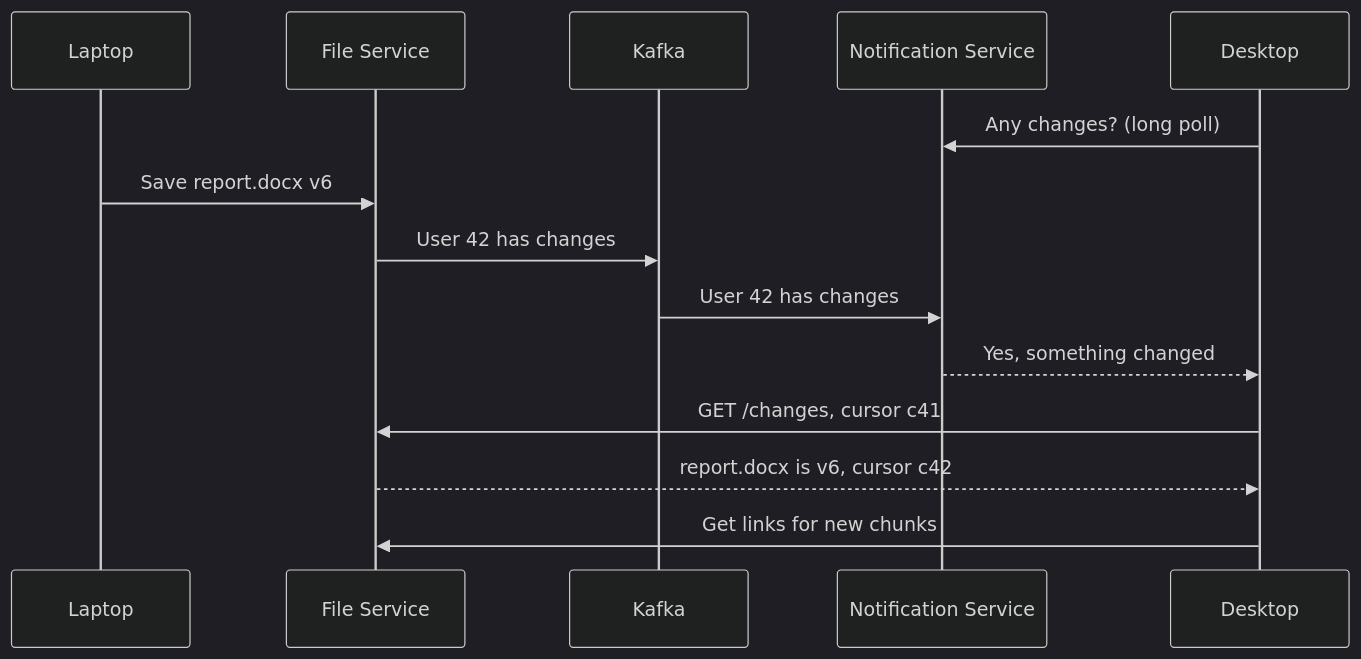
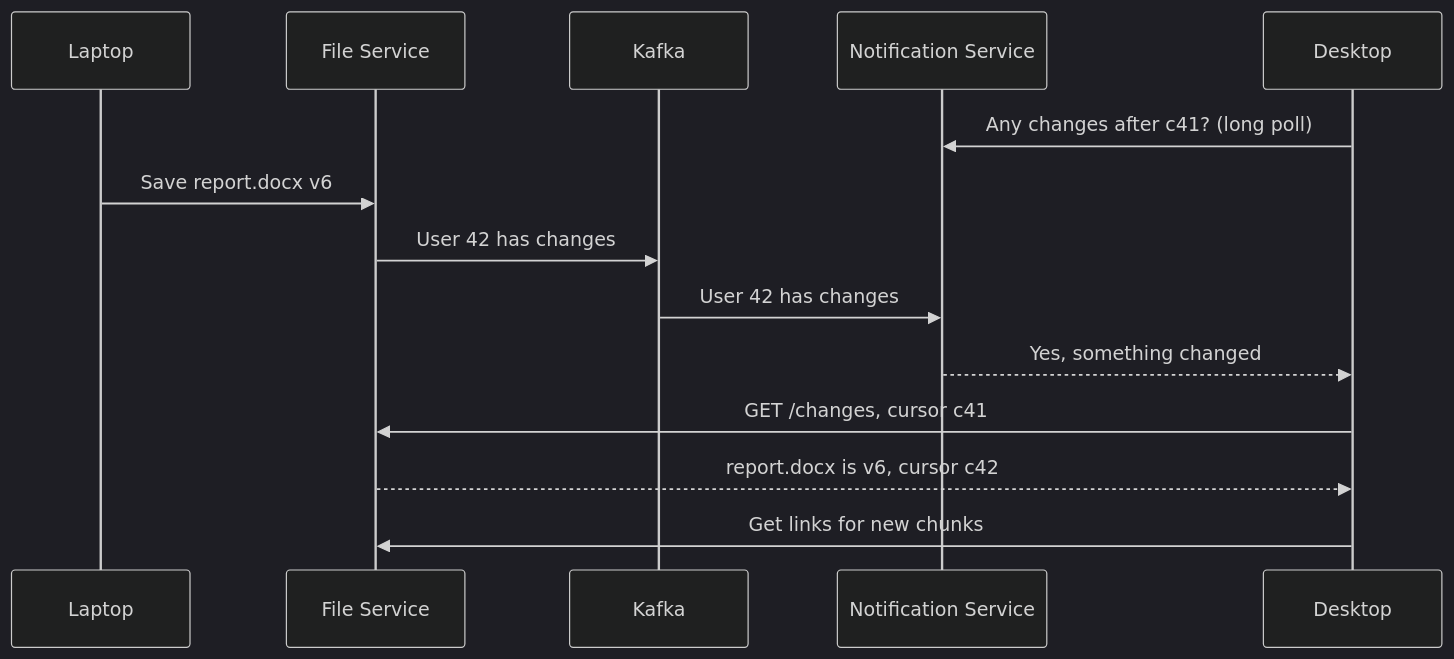
One commit to iamrs77/interview-ready changed the third of 4 diagrams in content/system-design/questions/google-drive.mdx. Above: the diagram before and after it, drawn with Mermaid (dark theme). The commit also changed other lines of this file and 132 other files, not shown here.

````diff
--- a/content/system-design/questions/google-drive.mdx
+++ b/content/system-design/questions/google-drive.mdx
@@ -206,16 +217,16 @@
 ```mermaid
 sequenceDiagram
   participant A as Laptop
   participant F as File Service
   participant K as Kafka
   participant N as Notification Service
   participant B as Desktop
-  B->>N: Any changes? (long poll)
+  B->>N: Any changes after c41? (long poll)
   A->>F: Save report.docx v6
   F->>K: User 42 has changes
   K->>N: User 42 has changes
   N-->>B: Yes, something changed
   B->>F: GET /changes, cursor c41
   F-->>B: report.docx is v6, cursor c42
   B->>F: Get links for new chunks
 ```
````
